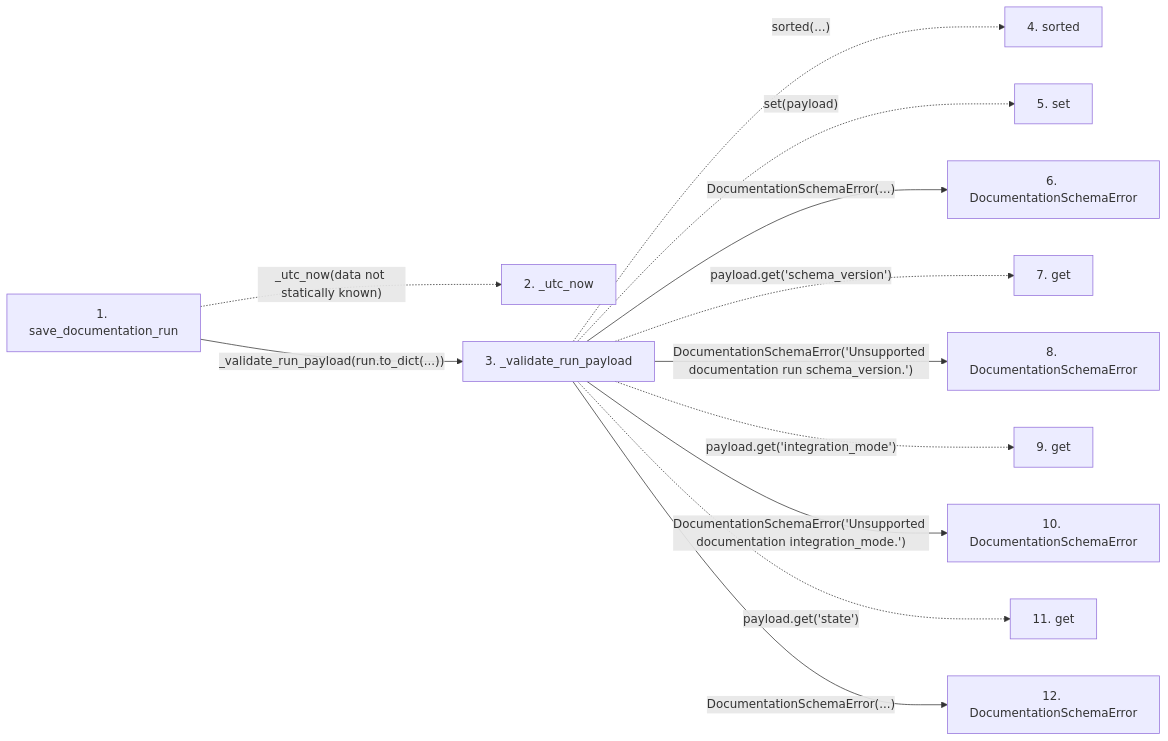
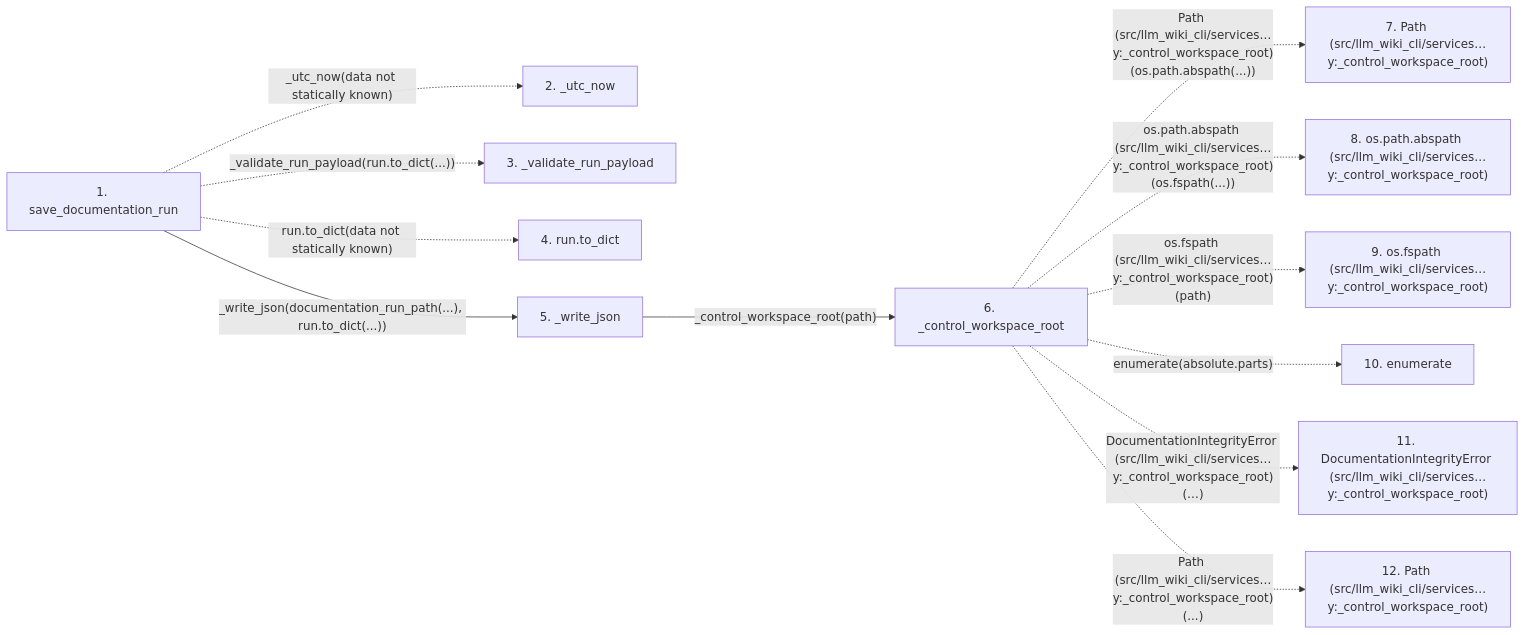
Before and after one commit to Denissvgn/python-wiki-llm: the second of 2 diagrams in docs/llm_wiki/flows/api-save_documentation_run.md, drawn with Mermaid. The commit also changed other lines of this file and 719 other files, not shown here.

````diff
--- a/docs/llm_wiki/flows/api-save_documentation_run.md
+++ b/docs/llm_wiki/flows/api-save_documentation_run.md
@@ -71,32 +74,29 @@
 ```mermaid
 flowchart LR
     s1["1. save_documentation_run"]
     s2["2. _utc_now"]
     s3["3. _validate_run_payload"]
-    s4["4. sorted"]
-    s5["5. set"]
-    s6["6. DocumentationSchemaError"]
-    s7["7. get"]
-    s8["8. DocumentationSchemaError"]
-    s9["9. get"]
-    s10["10. DocumentationSchemaError"]
-    s11["11. get"]
-    s12["12. DocumentationSchemaError"]
+    s4["4. run.to_dict"]
+    s5["5. _write_json"]
+    s6["6. _control_workspace_root"]
+    s7["7. Path (src/llm_wiki_cli/services…y:_control_workspace_root)"]
+    s8["8. os.path.abspath (src/llm_wiki_cli/services…y:_control_workspace_root)"]
+    s9["9. os.fspath (src/llm_wiki_cli/services…y:_control_workspace_root)"]
+    s10["10. enumerate"]
+    s11["11. DocumentationIntegrityError (src/llm_wiki_cli/services…y:_control_workspace_root)"]
+    s12["12. Path (src/llm_wiki_cli/services…y:_control_workspace_root)"]
     s1 -. "_utc_now(data not statically known)" .-> s2
-    s1 -->|"_validate_run_payload(run.to_dict(...))"| s3
-    s3 -. "sorted(...)" .-> s4
-    s3 -. "set(payload)" .-> s5
-    s3 -->|"DocumentationSchemaError(...)"| s6
-    s3 -. "payload.get('schema_version')" .-> s7
-    s3 -->|"DocumentationSchemaError('Unsupported documentation run schema_version.')"| s8
-    s3 -. "payload.get('integration_mode')" .-> s9
-    s3 -->|"DocumentationSchemaError('Unsupported documentation integration_mode.')"| s10
-    s3 -. "payload.get('state')" .-> s11
-    s3 -->|"DocumentationSchemaError(...)"| s12
+    s1 -. "_validate_run_payload(run.to_dict(...))" .-> s3
+    s1 -. "run.to_dict(data not statically known)" .-> s4
+    s1 -->|"_write_json(documentation_run_path(...), run.to_dict(...))"| s5
+    s5 -->|"_control_workspace_root(path)"| s6
+    s6 -. "Path (src/llm_wiki_cli/services…y:_control_workspace_root)(os.path.abspath(...))" .-> s7
+    s6 -. "os.path.abspath (src/llm_wiki_cli/services…y:_control_workspace_root)(os.fspath(...))" .-> s8
+    s6 -. "os.fspath (src/llm_wiki_cli/services…y:_control_workspace_root)(path)" .-> s9
+    s6 -. "enumerate(absolute.parts)" .-> s10
+    s6 -. "DocumentationIntegrityError (src/llm_wiki_cli/services…y:_control_workspace_root)(…)" .-> s11
+    s6 -. "Path (src/llm_wiki_cli/services…y:_control_workspace_root)(...)" .-> s12
     click s1 "../modules/workspace.md"
-    click s3 "../modules/documentation_run_schema.md"
-    click s6 "../modules/documentation_run_contracts.md"
-    click s8 "../modules/documentation_run_contracts.md"
-    click s10 "../modules/documentation_run_contracts.md"
-    click s12 "../modules/documentation_run_contracts.md"
+    click s5 "../modules/workspace.md"
+    click s6 "../modules/workspace.md"
 ```
````
